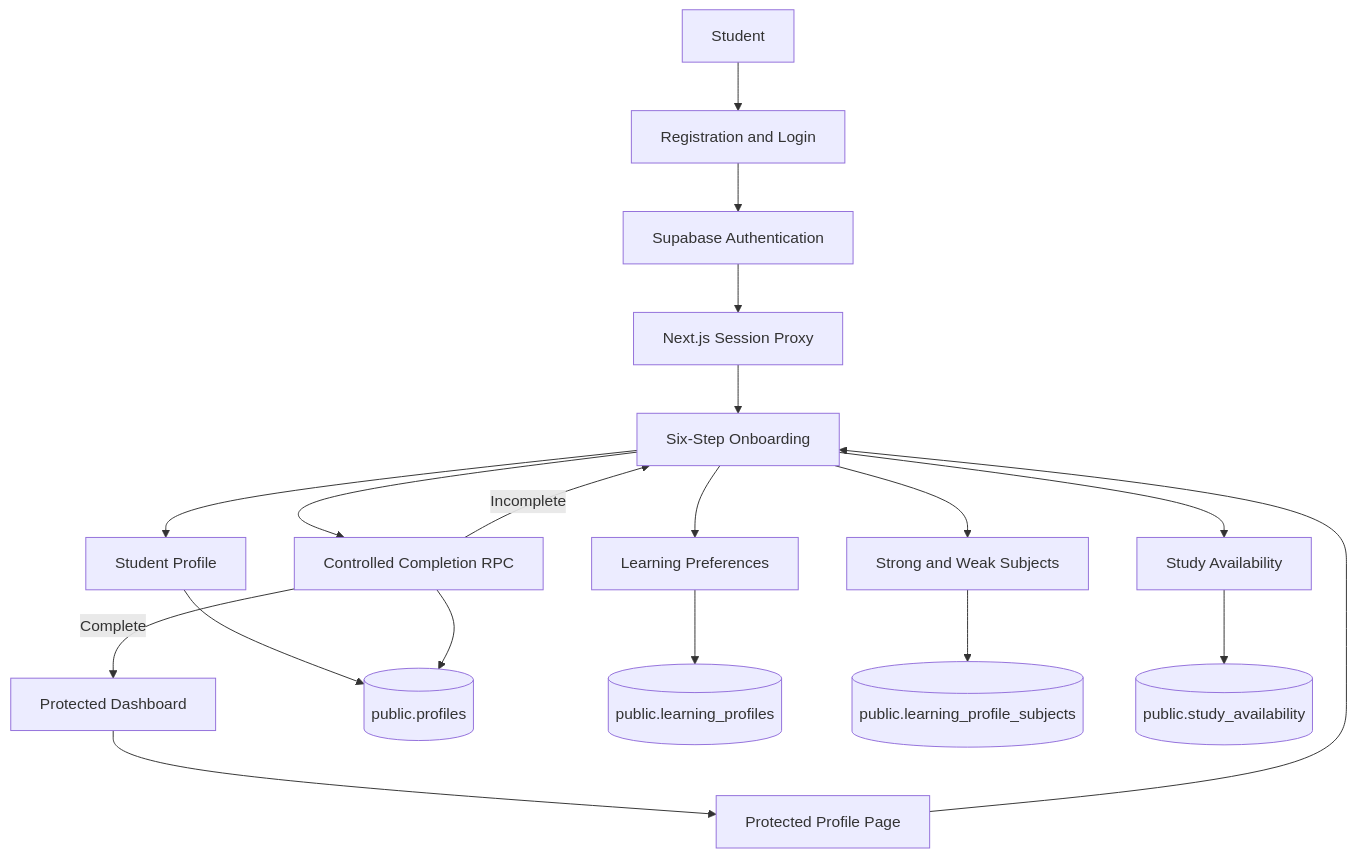
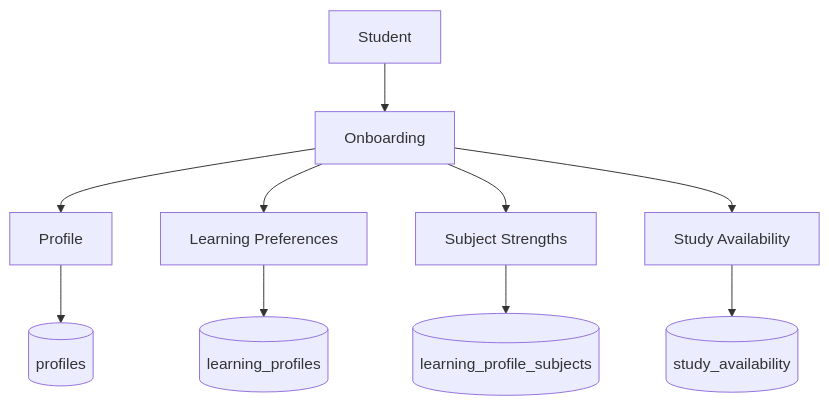
One commit to jianna-acc/stsp-capstone changed the third of 14 diagrams in docs/ARCHITECTURE.md. Above: the diagram before and after it, drawn with Mermaid. The commit also changed other lines of this file and 67 other files, not shown here.

````diff
--- a/docs/ARCHITECTURE.md
+++ b/docs/ARCHITECTURE.md
@@ -522,46 +194,27 @@
 ```mermaid
 flowchart TD
-    USER["Student"]
+    STUDENT["Student"]
+    ONBOARDING["Onboarding"]
 
-    AUTH["Supabase Authentication"]
-    PROXY["Next.js Session Proxy"]
-    LOGIN["Registration and Login"]
-    ONBOARDING["Six-Step Onboarding"]
-    PROFILE["Student Profile"]
-    PREFERENCES["Learning Preferences"]
-    PROFILE_SUBJECTS["Strong and Weak Subjects"]
+    PROFILE["Profile"]
+    LEARNING["Learning Preferences"]
+    STRENGTHS["Subject Strengths"]
     AVAILABILITY["Study Availability"]
-    COMPLETE_RPC["Controlled Completion RPC"]
-    DASHBOARD["Protected Dashboard"]
-    PROFILE_PAGE["Protected Profile Page"]
 
-    DB_PROFILES[("public.profiles")]
-    DB_LEARNING[("public.learning_profiles")]
-    DB_PROFILE_SUBJECTS[("public.learning_profile_subjects")]
-    DB_AVAILABILITY[("public.study_availability")]
+    PROFILES[("profiles")]
+    LEARNING_TABLE[("learning_profiles")]
+    SUBJECT_TABLE[("learning_profile_subjects")]
+    AVAILABILITY_TABLE[("study_availability")]
 
-    USER --> LOGIN
-    LOGIN --> AUTH
-    AUTH --> PROXY
-
-    PROXY --> ONBOARDING
+    STUDENT --> ONBOARDING
 
     ONBOARDING --> PROFILE
-    ONBOARDING --> PREFERENCES
-    ONBOARDING --> PROFILE_SUBJECTS
+    ONBOARDING --> LEARNING
+    ONBOARDING --> STRENGTHS
     ONBOARDING --> AVAILABILITY
 
-    PROFILE --> DB_PROFILES
-    PREFERENCES --> DB_LEARNING
-    PROFILE_SUBJECTS --> DB_PROFILE_SUBJECTS
-    AVAILABILITY --> DB_AVAILABILITY
-
-    ONBOARDING --> COMPLETE_RPC
-    COMPLETE_RPC --> DB_PROFILES
-
-    COMPLETE_RPC -->|Complete| DASHBOARD
-    COMPLETE_RPC -->|Incomplete| ONBOARDING
-
-    DASHBOARD --> PROFILE_PAGE
-    PROFILE_PAGE --> ONBOARDING
+    PROFILE --> PROFILES
+    LEARNING --> LEARNING_TABLE
+    STRENGTHS --> SUBJECT_TABLE
+    AVAILABILITY --> AVAILABILITY_TABLE
 ```
````
